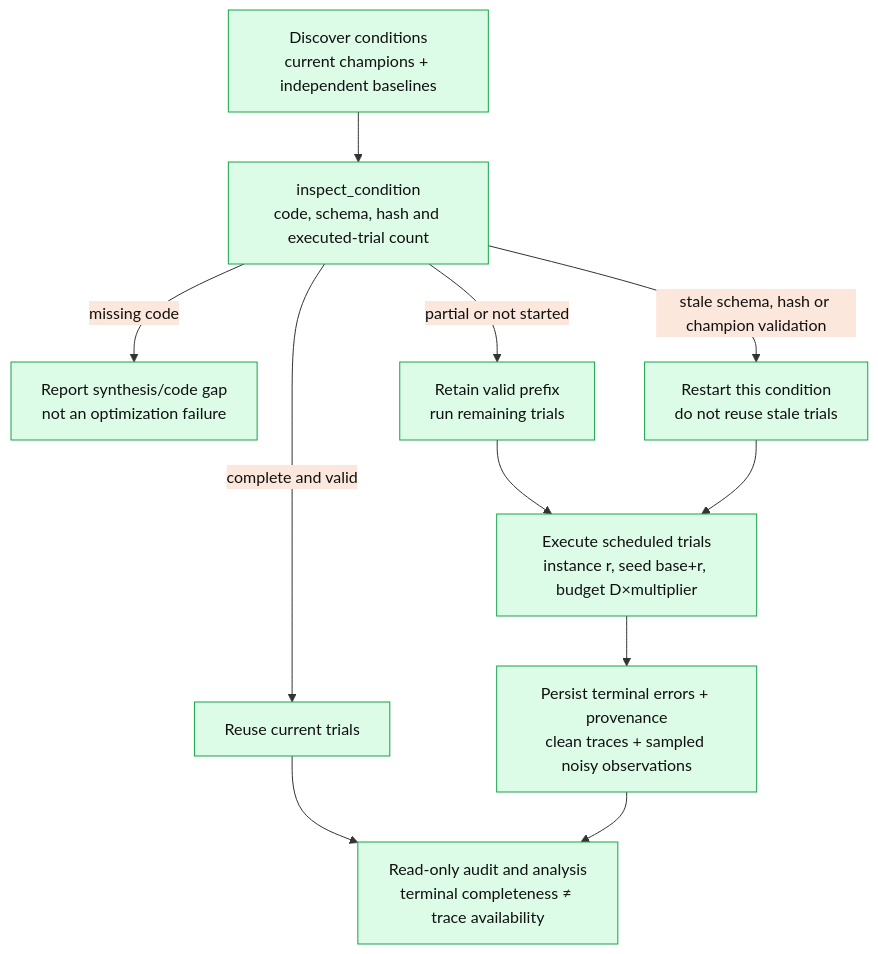
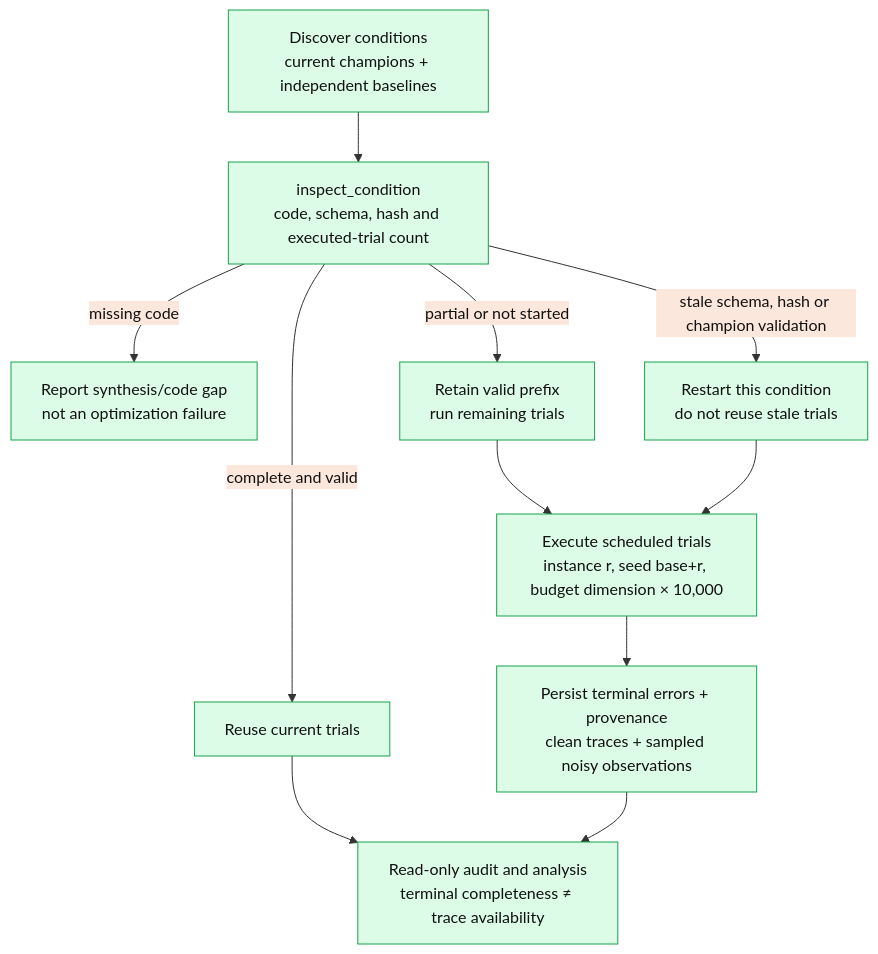
One commit to Nicola-Ibrahim/AAD_LLM changed the second of 2 diagrams in docs/evaluation_protocol.md. Above: the diagram before and after it, drawn with Mermaid. The commit also changed other lines of this file and 29 other files, not shown here.

````diff
--- a/docs/evaluation_protocol.md
+++ b/docs/evaluation_protocol.md
@@ -47,14 +47,14 @@
 ```mermaid
 %%{init: {"theme":"base","themeVariables":{"background":"#f2e6ff","primaryColor":"#dcfce7","primaryBorderColor":"#16a34a","primaryTextColor":"#111111","lineColor":"#333333","fontFamily":"Arial, Helvetica, sans-serif"}}}%%
 flowchart TD
     Workload["Discover conditions<br/>current champions + independent baselines"] --> Status["inspect_condition<br/>code, schema, hash and executed-trial count"]
     Status -->|missing code| Missing["Report synthesis/code gap<br/>not an optimization failure"]
     Status -->|complete and valid| Cached["Reuse current trials"]
     Status -->|partial or not started| Resume["Retain valid prefix<br/>run remaining trials"]
     Status -->|stale schema, hash or champion validation| Restart["Restart this condition<br/>do not reuse stale trials"]
-    Resume --> Trials["Execute scheduled trials<br/>instance r, seed base+r, budget D×multiplier"]
+    Resume --> Trials["Execute scheduled trials<br/>instance r, seed base+r, budget dimension × 10,000"]
     Restart --> Trials
     Trials --> Provenance["Persist terminal errors + provenance<br/>clean traces + sampled noisy observations"]
     Cached --> Analysis["Read-only audit and analysis<br/>terminal completeness ≠ trace availability"]
     Provenance --> Analysis
 ```
````
